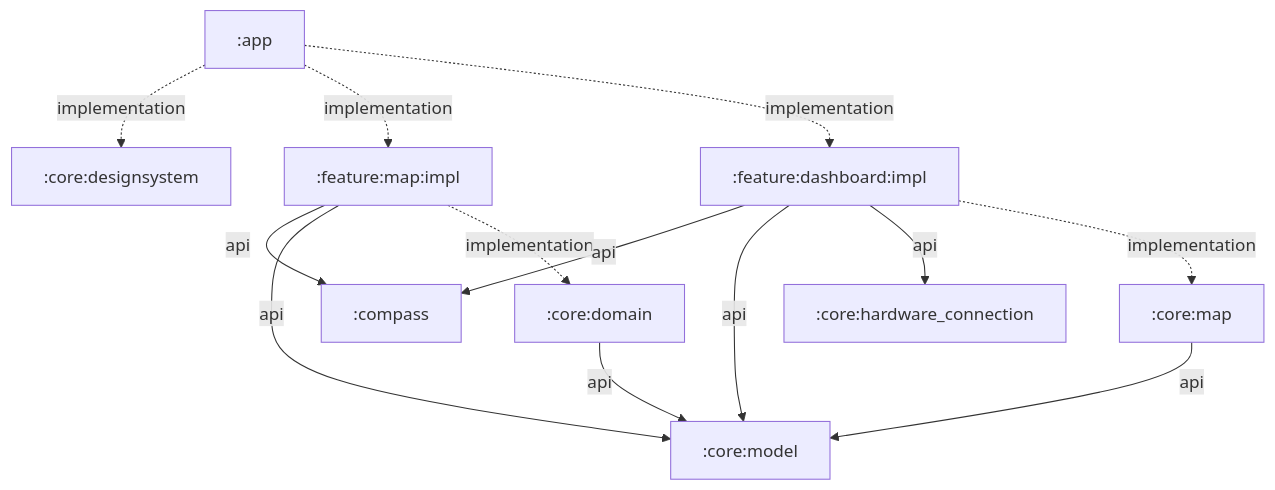
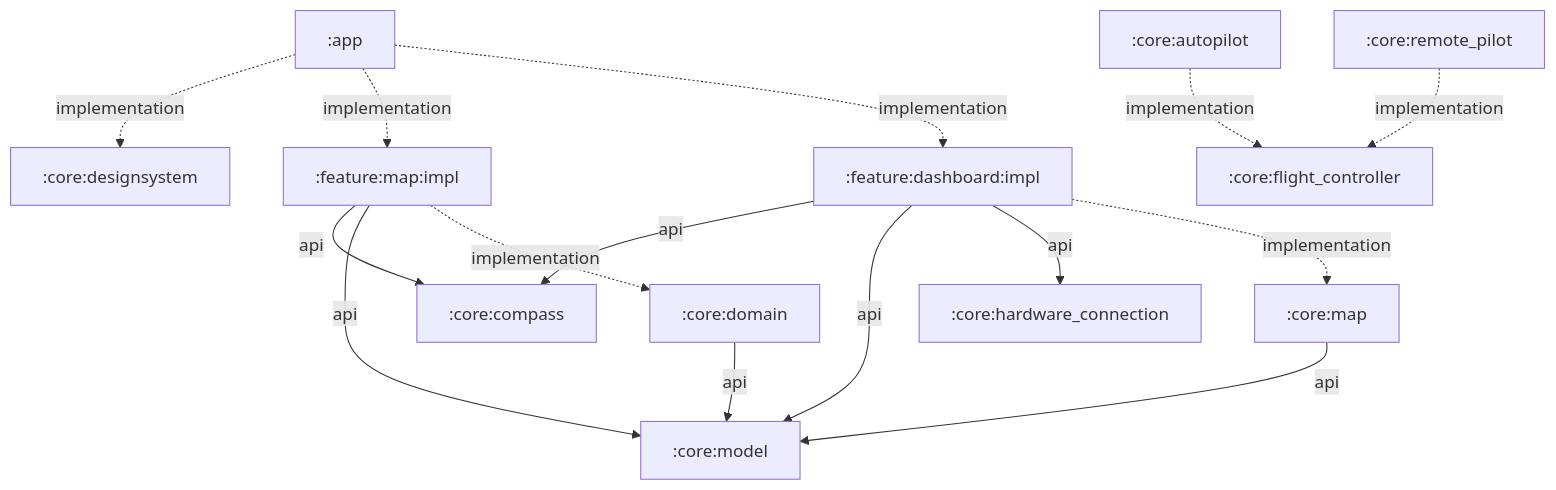
The diagram in README.md (hrka6761/Shahbaz_Android), drawn with Mermaid before and after one commit. The commit also changed other lines of this file and 8 other files, not shown here.

````diff
--- a/README.md
+++ b/README.md
@@ -44,25 +44,30 @@
 ```mermaid
 graph TD
   app[":app"]
   map[":feature:map:impl"]
   dashboard[":feature:dashboard:impl"]
   flightmap[":core:map"]
   hardware[":core:hardware_connection"]
+  flightcontroller[":core:flight_controller"]
+  autopilot[":core:autopilot"]
+  remotepilot[":core:remote_pilot"]
   designsystem[":core:designsystem"]
-  compass[":compass"]
+  compass[":core:compass"]
   domain[":core:domain"]
   model[":core:model"]
 
   app -.->|implementation| designsystem
   app -.->|implementation| map
   app -.->|implementation| dashboard
   map -->|api| compass
   map -->|api| model
   map -.->|implementation| domain
   dashboard -->|api| compass
   dashboard -->|api| model
   dashboard -->|api| hardware
   dashboard -.->|implementation| flightmap
+  autopilot -.->|implementation| flightcontroller
+  remotepilot -.->|implementation| flightcontroller
   flightmap -->|api| model
   domain -->|api| model
 ```
````
